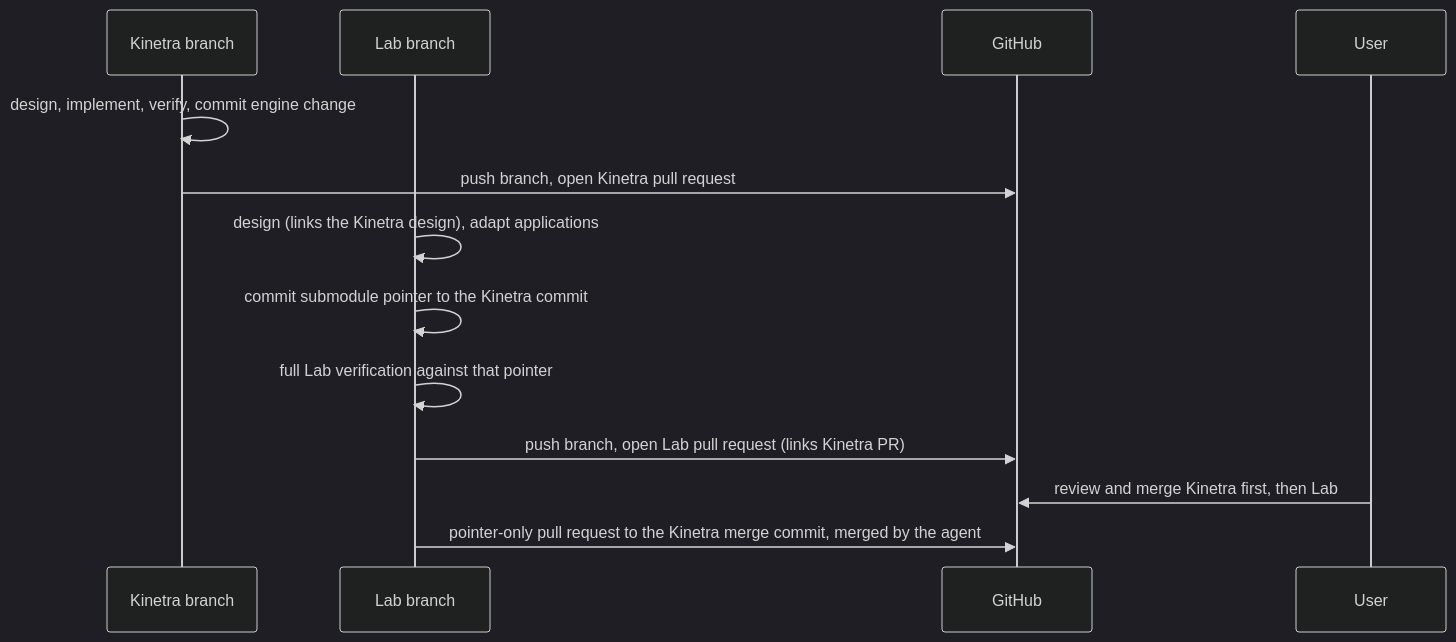
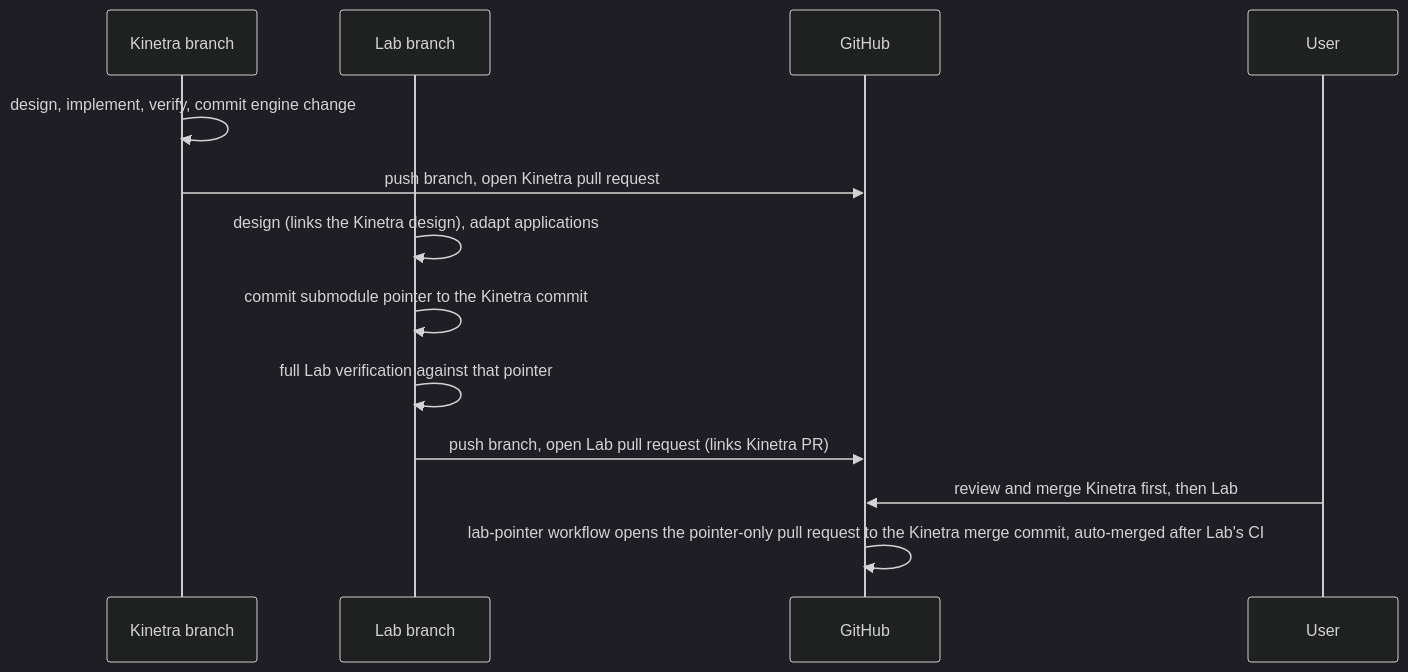
Before and after one commit to SMB-M87/Kinetra: the third of 3 diagrams in docs/workflow.md, drawn with Mermaid (dark theme). The commit also changed other lines of this file and 4 other files, not shown here.

First line of the commit message:
docs(rules): the lab-pointer workflow opens the pointer pull request

````diff
--- a/docs/workflow.md
+++ b/docs/workflow.md
@@ -197,15 +197,15 @@
 ```mermaid
 sequenceDiagram
     participant K as Kinetra branch
     participant L as Lab branch
     participant G as GitHub
     participant U as User
     K->>K: design, implement, verify, commit engine change
     K->>G: push branch, open Kinetra pull request
     L->>L: design (links the Kinetra design), adapt applications
     L->>L: commit submodule pointer to the Kinetra commit
     L->>L: full Lab verification against that pointer
     L->>G: push branch, open Lab pull request (links Kinetra PR)
     U->>G: review and merge Kinetra first, then Lab
-    L->>G: pointer-only pull request to the Kinetra merge commit, merged by the agent
+    G->>G: lab-pointer workflow opens the pointer-only pull request to the Kinetra merge commit, auto-merged after Lab's CI
 ```
````
